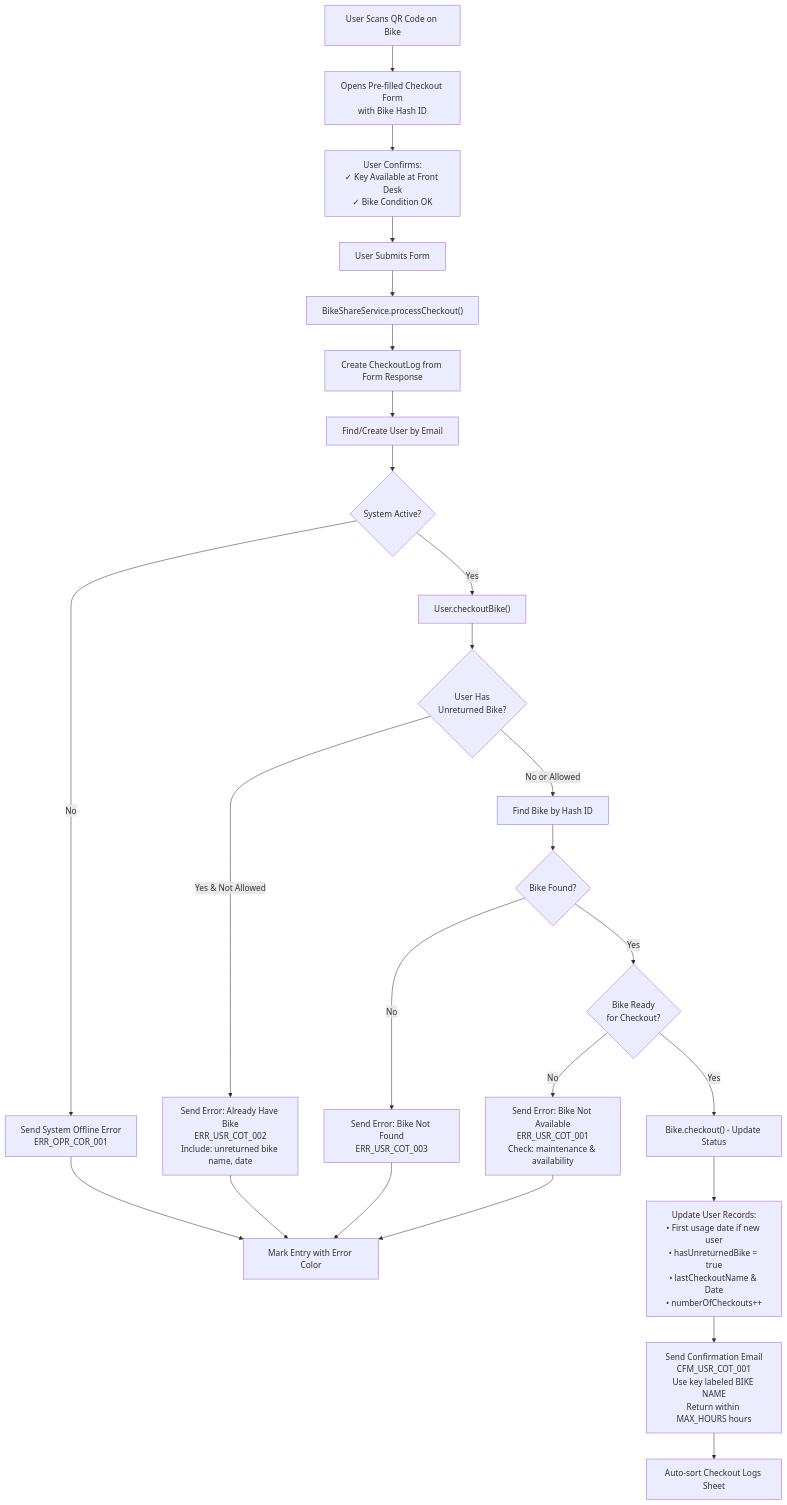
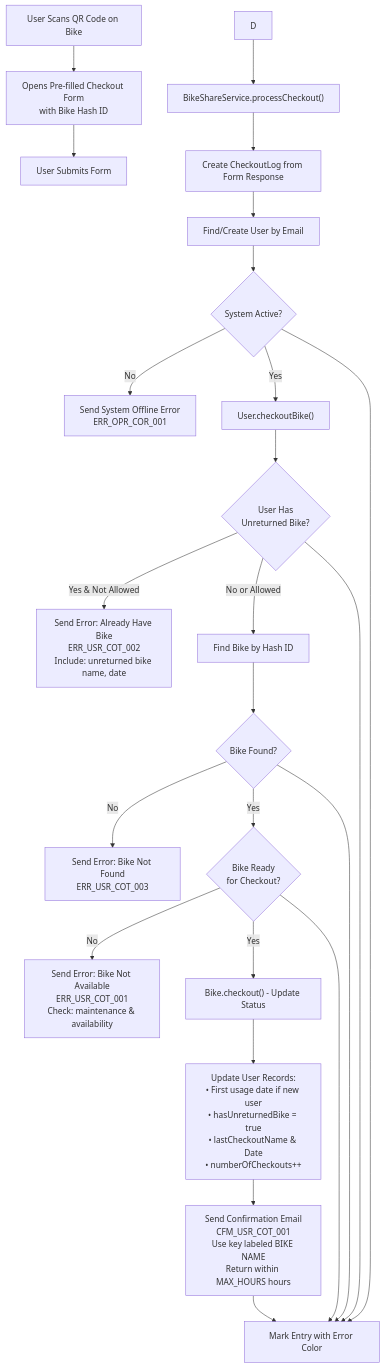
One commit to ac-i2i-engineering/BikeShare changed the first of 3 diagrams in README.md. Above: the diagram before and after it, drawn with Mermaid. The commit also changed other lines of this file, not shown here.

Commit message:
fix mermaid error

````diff
--- a/README.md
+++ b/README.md
@@ -392,28 +394,27 @@
 ```mermaid
 graph TD
     A[User Scans QR Code on Bike] --> B["Opens Pre-filled Checkout Form<br/>with Bike Hash ID"]
-    B --> C["User Confirms:<br/>✓ Key Available at Front Desk<br/>✓ Bike Condition OK"]
-    C --> D[User Submits Form]
+    B --> C[User Submits Form]
     D --> E["BikeShareService.processCheckout()"]
     E --> F[Create CheckoutLog from Form Response]
     F --> G[Find/Create User by Email]
     G --> H{System Active?}
     H -->|No| I["Send System Offline Error<br/>ERR_OPR_COR_001"]
     H -->|Yes| J["User.checkoutBike()"]
     J --> K{"User Has<br/>Unreturned Bike?"}
     K -->|"Yes & Not Allowed"| L["Send Error: Already Have Bike<br/>ERR_USR_COT_002<br/>Include: unreturned bike name, date"]
     K -->|"No or Allowed"| M[Find Bike by Hash ID]
     M --> N{Bike Found?}
     N -->|No| O["Send Error: Bike Not Found<br/>ERR_USR_COT_003"]
     N -->|Yes| P{"Bike Ready<br/>for Checkout?"}
     P -->|No| Q["Send Error: Bike Not Available<br/>ERR_USR_COT_001<br/>Check: maintenance & availability"]
     P -->|Yes| R["Bike.checkout() - Update Status"]
     R --> S["Update User Records:<br/>• First usage date if new user<br/>• hasUnreturnedBike = true<br/>• lastCheckoutName & Date<br/>• numberOfCheckouts++"]
     S --> T["Send Confirmation Email<br/>CFM_USR_COT_001<br/>Use key labeled BIKE NAME<br/>Return within MAX_HOURS hours"]
     T --> U[Auto-sort Checkout Logs Sheet]
     
-    I --> V[Mark Entry with Error Color]
-    L --> V
-    O --> V
-    Q --> V
+    H --> U[Mark Entry with Error Color]
+    K --> U
+    N --> U
+    P --> U
 ```
````
